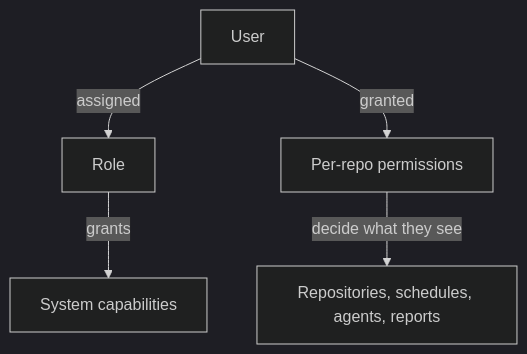
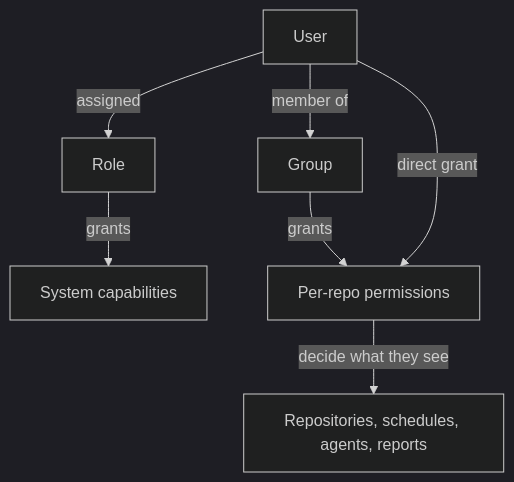
The diagram in docs/access-control.md (alexmohr/assimilate), drawn with Mermaid (dark theme) before and after one commit. The commit also changed other lines of this file and 55 other files, not shown here.

First line of the commit message:
feat(access): group repository grants and a View All Agents capability

````diff
--- a/docs/access-control.md
+++ b/docs/access-control.md
@@ -13,7 +13,9 @@
 ```mermaid
 graph TD
     U[User] -->|assigned| R[Role]
+    U -->|member of| G[Group]
     R -->|grants| C[System capabilities]
-    U -->|granted| P[Per-repo permissions]
+    G -->|grants| P[Per-repo permissions]
+    U -->|direct grant| P
     P -->|decide what they see| V[Repositories, schedules, agents, reports]
 ```
````
